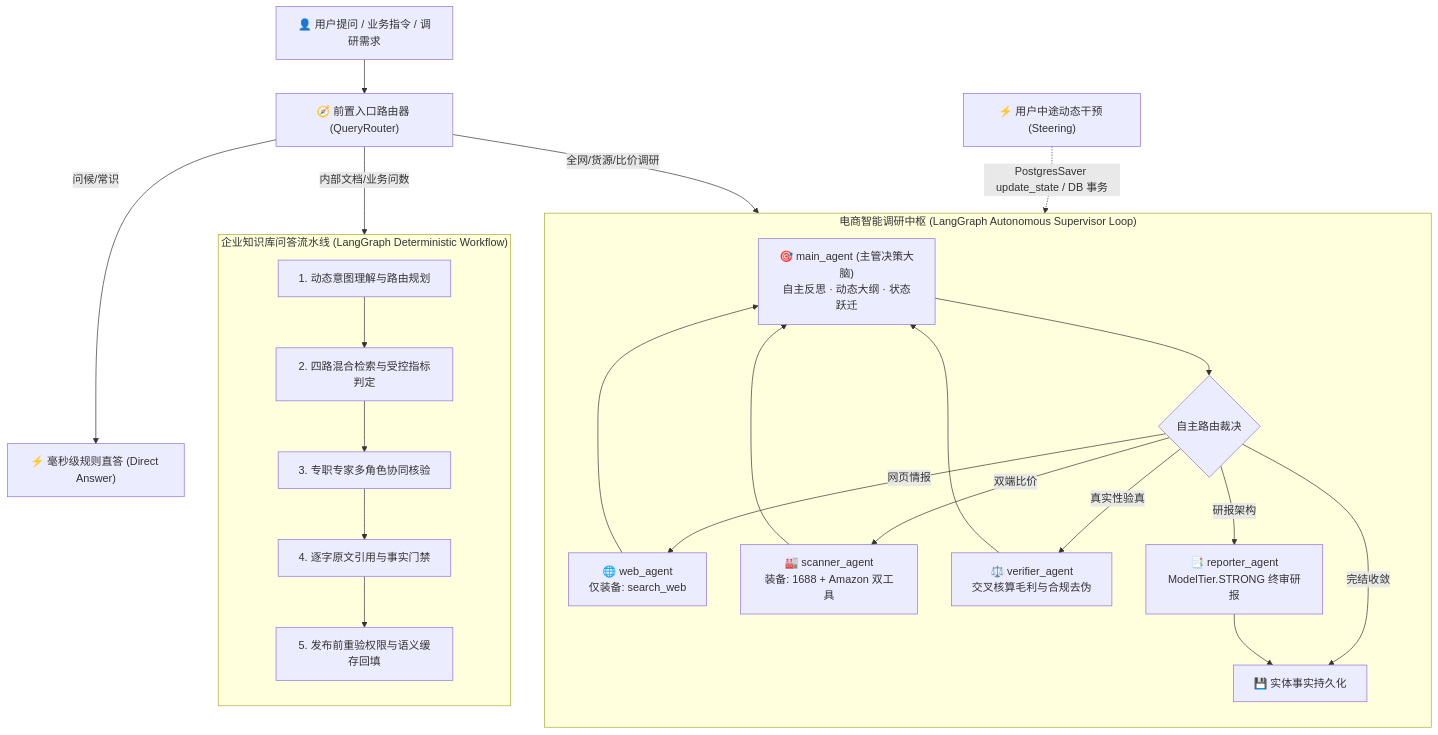
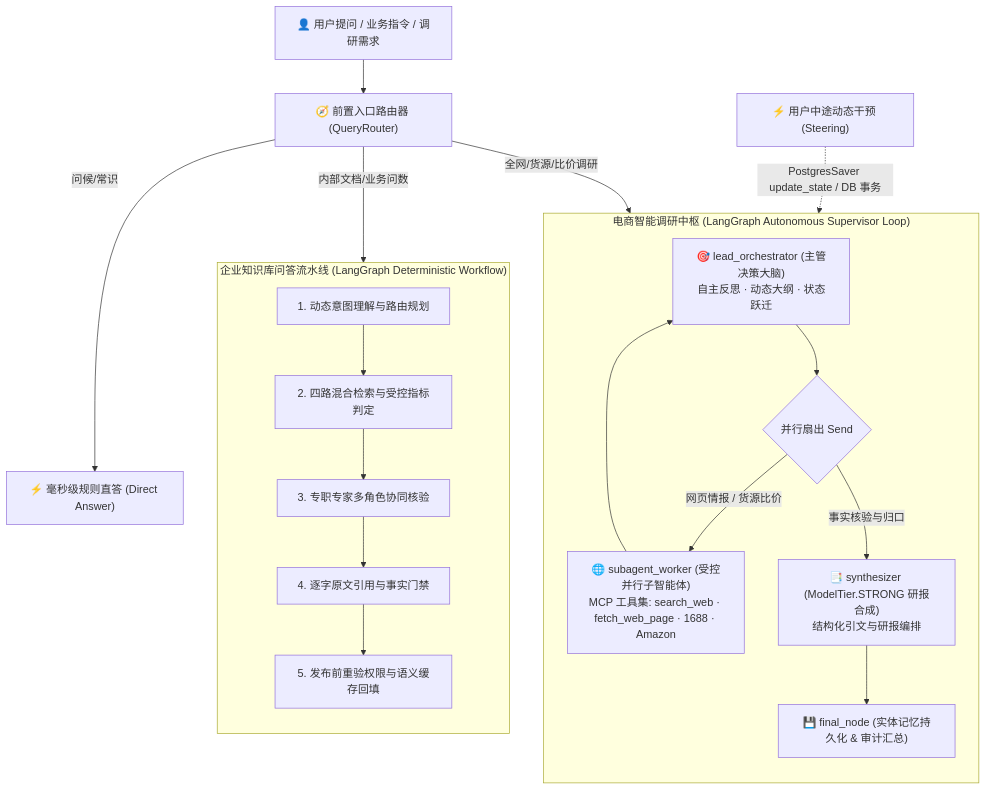
Before and after one commit to SenpeWang/TaoZhi-EcomAgent: the diagram in README.md, drawn with Mermaid. The commit also changed other lines of this file and 12 other files, not shown here.

````diff
--- a/README.md
+++ b/README.md
@@ -26,35 +26,30 @@
 ```mermaid
 flowchart TD
     User["👤 用户提问 / 业务指令 / 调研需求"] --> Router["🧭 前置入口路由器 (QueryRouter)"]
 
     Router -->|问候/常识| DirectAns["⚡ 毫秒级规则直答 (Direct Answer)"]
     Router -->|内部文档/业务问数| KBWorkflow["🏢 企业知识库问答【确定性工作流】"]
     Router -->|全网/货源/比价调研| ResearchAgents["🤖 电商智能调研【真·自治多智能体系统】"]
 
     subgraph KBWorkflow["企业知识库问答流水线 (LangGraph Deterministic Workflow)"]
         direction TB
         Plan["1. 动态意图理解与路由规划"] --> Retrieve["2. 四路混合检索与受控指标判定"]
         Retrieve --> SpecialistRun["3. 专职专家多角色协同核验"]
         SpecialistRun --> QualityGate["4. 逐字原文引用与事实门禁"]
         QualityGate --> Pub["5. 发布前重验权限与语义缓存回填"]
     end
 
     subgraph ResearchAgents["电商智能调研中枢 (LangGraph Autonomous Supervisor Loop)"]
         direction TB
-        Supervisor["🎯 main_agent (主管决策大脑)<br>自主反思 · 动态大纲 · 状态跃迁"]
+        Supervisor["🎯 lead_orchestrator (主管决策大脑)<br>自主反思 · 动态大纲 · 状态跃迁"]
 
-        Supervisor --> S_Router{自主路由裁决}
-        S_Router -->|网页情报| Web["🌐 web_agent<br>仅装备: search_web"]
-        S_Router -->|双端比价| Scanner["🏭 scanner_agent<br>装备: 1688 + Amazon 双工具"]
-        S_Router -->|真实性验真| Verifier["⚖️ verifier_agent<br>交叉核算毛利与合规去伪"]
-        S_Router -->|研报架构| Reporter["📑 reporter_agent<br>ModelTier.STRONG 终审研报"]
-        S_Router -->|完结收敛| Persist["💾 实体事实持久化"]
+        Supervisor --> S_Router{并行扇出 Send}
+        S_Router -->|网页情报 / 货源比价| Worker["🌐 subagent_worker (受控并行子智能体)<br>MCP 工具集: search_web · fetch_web_page · 1688 · Amazon"]
+        S_Router -->|事实核验与归口| Synth["📑 synthesizer (ModelTier.STRONG 研报合成)<br>结构化引文与研报编排"]
+        Synth --> Final["💾 final_node (实体记忆持久化 & 审计汇总)"]
 
-        Web --> Supervisor
-        Scanner --> Supervisor
-        Verifier --> Supervisor
-        Reporter --> Persist
+        Worker --> Supervisor
     end
 
     SteerAction["⚡ 用户中途动态干预 (Steering)"] -.->|PostgresSaver update_state / DB 事务| Supervisor
 ```
````
